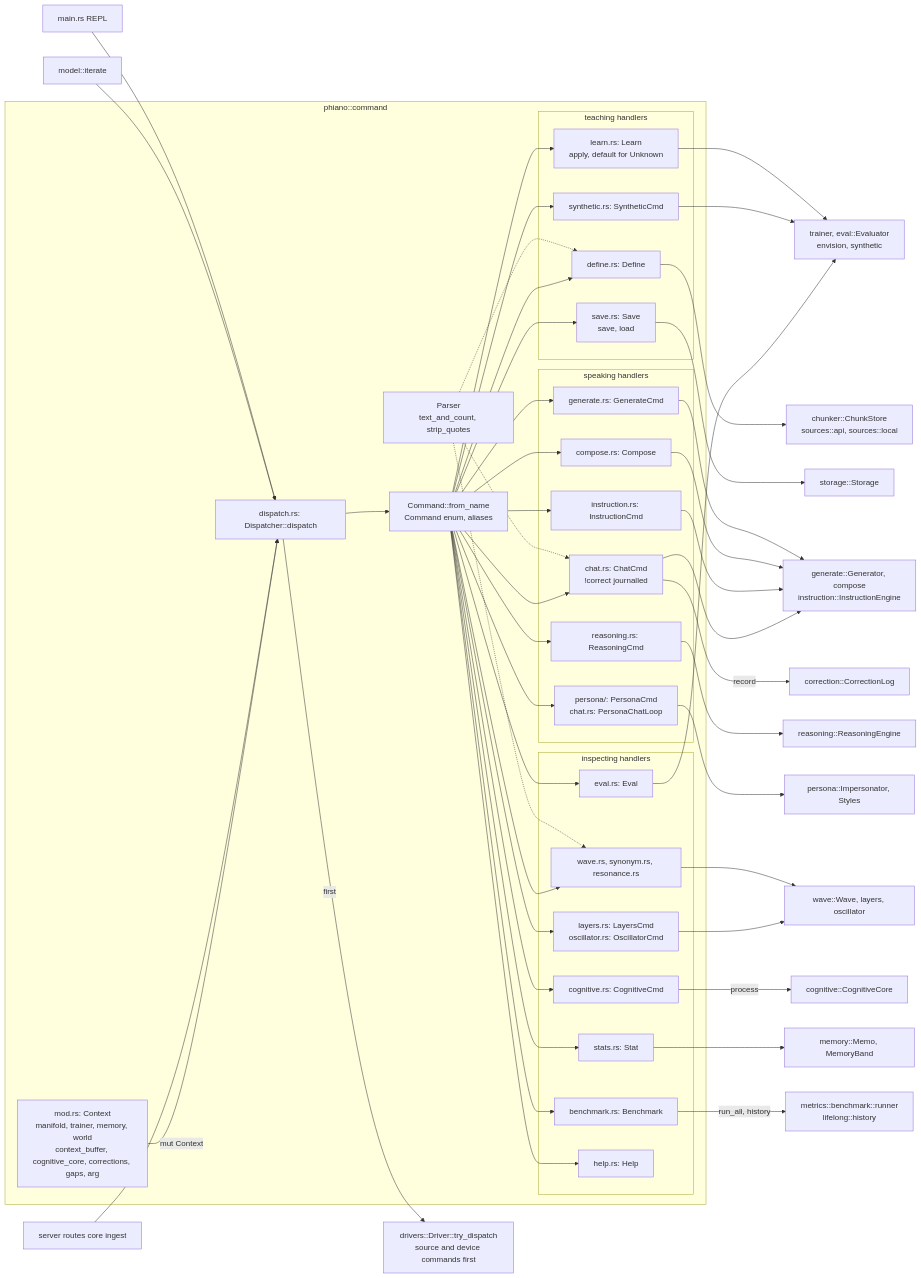
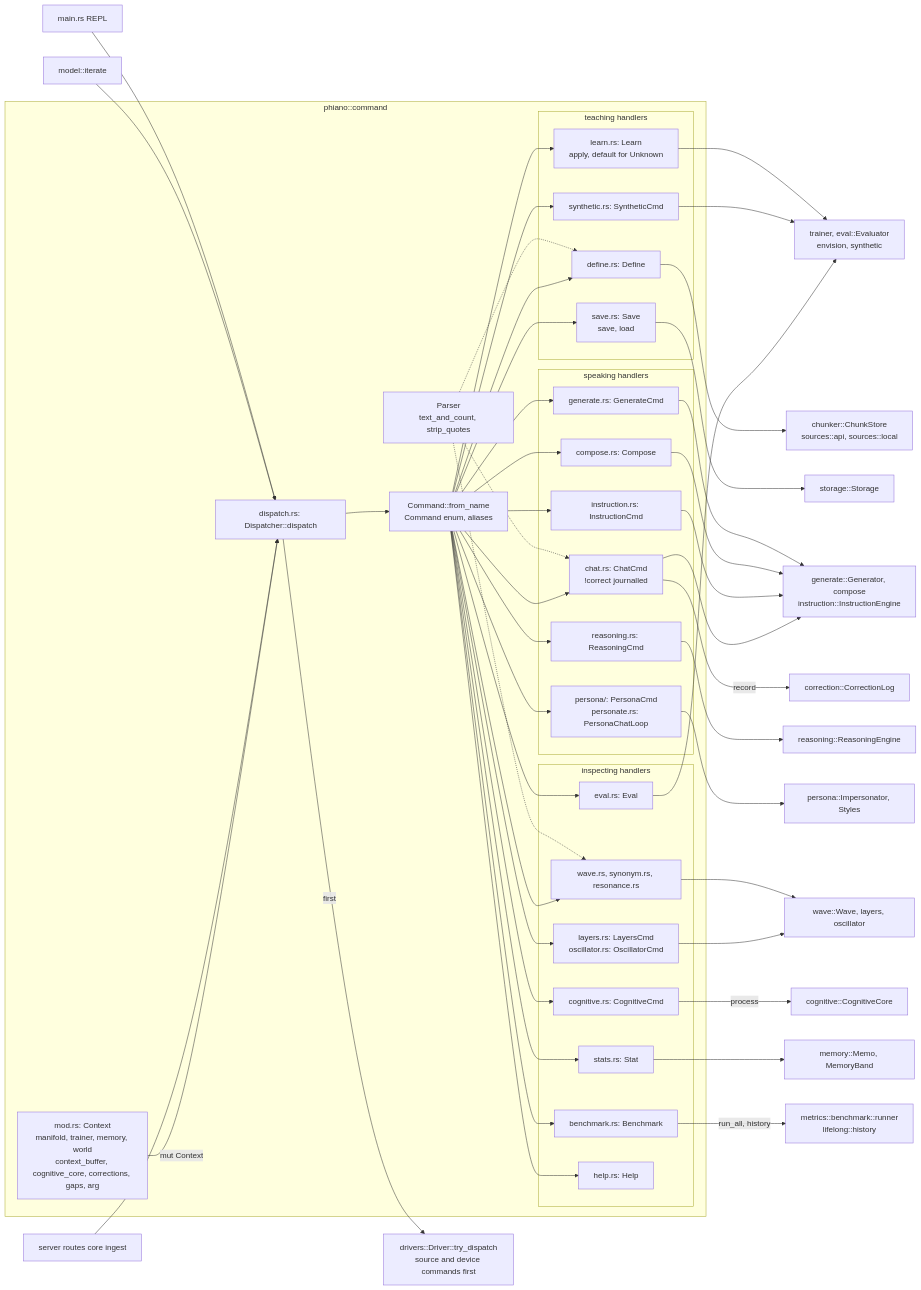
The diagram in docs/phiano/command.md (gemphi/phinet), drawn with Mermaid before and after one commit. The commit also changed 111 other files, not shown here.

```diff
--- a/docs/phiano/command.md
+++ b/docs/phiano/command.md
@@ -24,7 +24,7 @@
             Instruct["instruction.rs: InstructionCmd"]
             Chat["chat.rs: ChatCmd<br/>!correct journalled"]
             Reason["reasoning.rs: ReasoningCmd"]
-            Persona["persona/: PersonaCmd<br/>chat.rs: PersonaChatLoop"]
+            Persona["persona/: PersonaCmd<br/>personate.rs: PersonaChatLoop"]
         end
         subgraph inspect["inspecting handlers"]
             Eval["eval.rs: Eval"]
```
